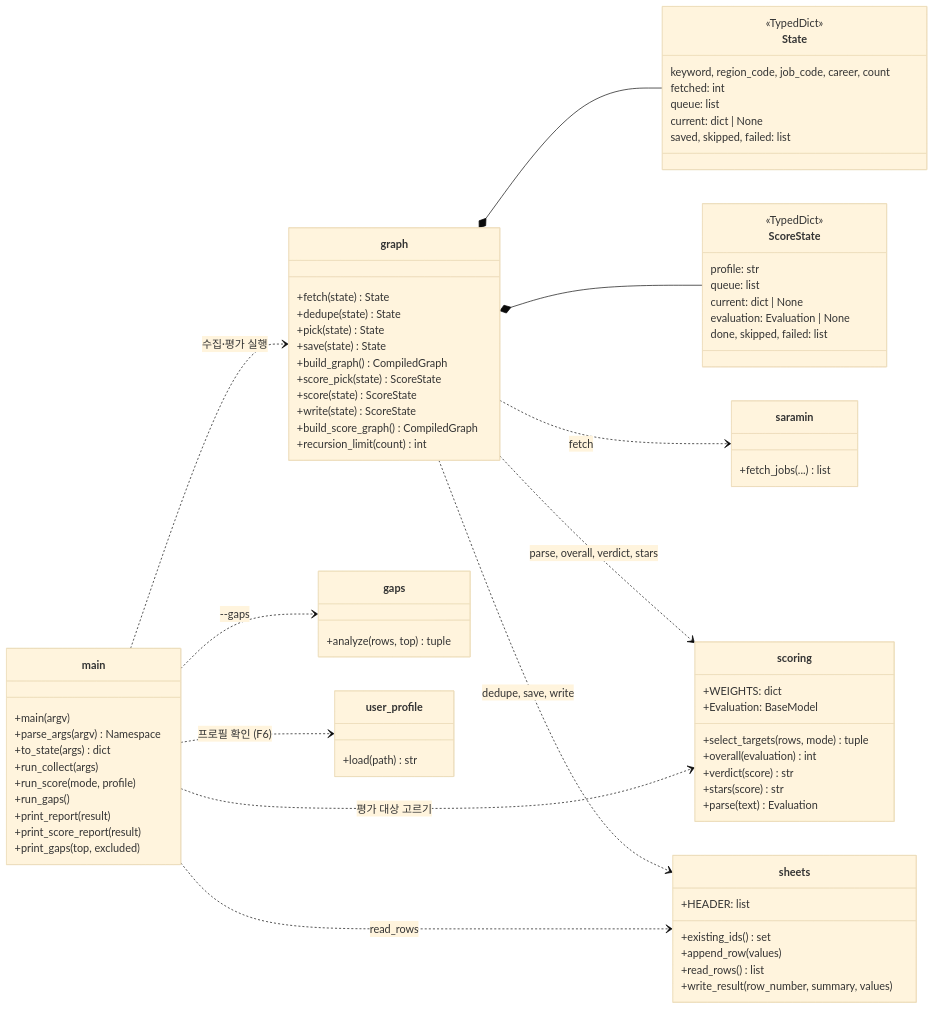
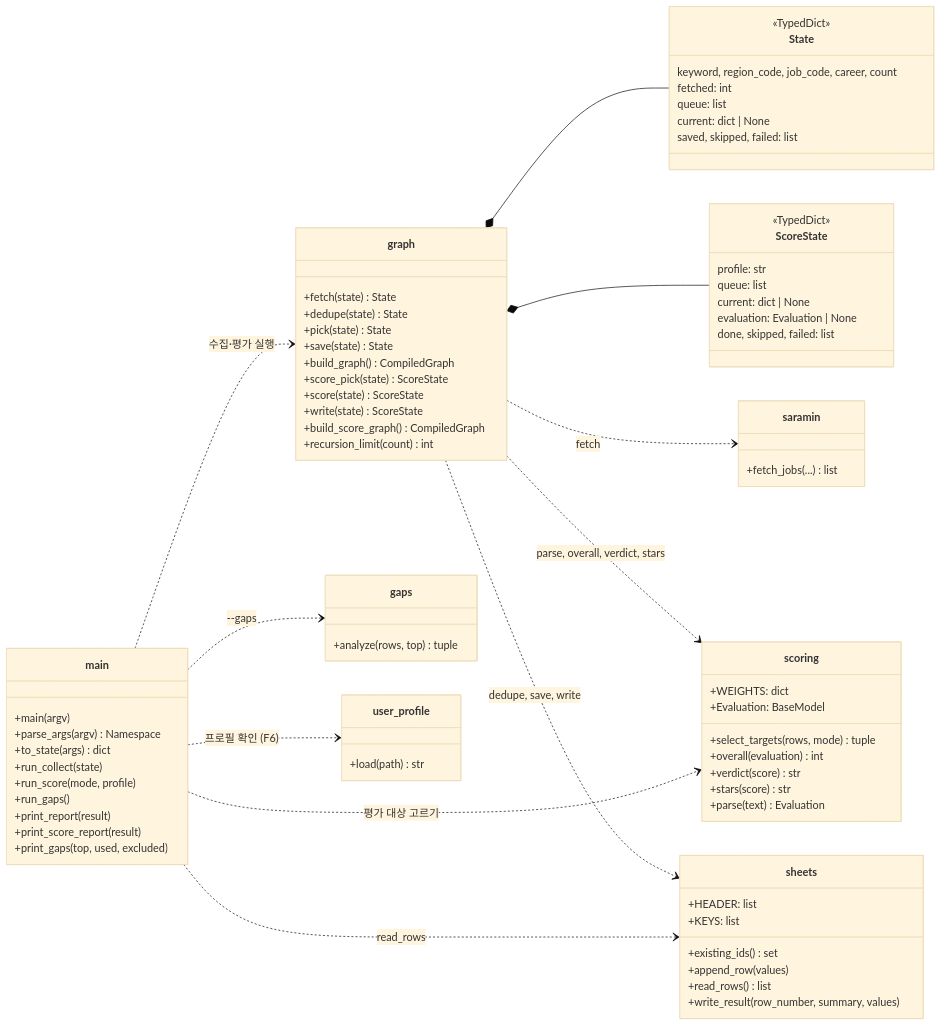
The second of 6 diagrams in docs/v0.3/02-design.md (wogud98/jobvis), drawn with Mermaid (base theme) before and after one commit. The commit also changed other lines of this file and 18 other files, not shown here.

````diff
--- a/docs/v0.3/02-design.md
+++ b/docs/v0.3/02-design.md
@@ -54,78 +54,79 @@
 ```mermaid
 classDiagram
     direction LR
     class main {
         +main(argv)
         +parse_args(argv) Namespace
         +to_state(args) dict
-        +run_collect(args)
+        +run_collect(state)
         +run_score(mode, profile)
         +run_gaps()
         +print_report(result)
         +print_score_report(result)
-        +print_gaps(top, excluded)
+        +print_gaps(top, used, excluded)
     }
     class graph {
         +fetch(state) State
         +dedupe(state) State
         +pick(state) State
         +save(state) State
         +build_graph() CompiledGraph
         +score_pick(state) ScoreState
         +score(state) ScoreState
         +write(state) ScoreState
         +build_score_graph() CompiledGraph
         +recursion_limit(count) int
     }
     class State {
         <<TypedDict>>
         keyword, region_code, job_code, career, count
         fetched: int
         queue: list
         current: dict | None
         saved, skipped, failed: list
     }
     class ScoreState {
         <<TypedDict>>
         profile: str
         queue: list
         current: dict | None
         evaluation: Evaluation | None
         done, skipped, failed: list
     }
     class scoring {
         +WEIGHTS: dict
         +Evaluation: BaseModel
         +select_targets(rows, mode) tuple
         +overall(evaluation) int
         +verdict(score) str
         +stars(score) str
         +parse(text) Evaluation
     }
     class gaps {
         +analyze(rows, top) tuple
     }
     class user_profile {
         +load(path) str
     }
     class sheets {
         +HEADER: list
+        +KEYS: list
         +existing_ids() set
         +append_row(values)
         +read_rows() list
         +write_result(row_number, summary, values)
     }
     class saramin {
         +fetch_jobs(...) list
     }
     main ..> graph : 수집·평가 실행
     main ..> scoring : 평가 대상 고르기
     main ..> gaps : --gaps
     main ..> user_profile : 프로필 확인 (F6)
     main ..> sheets : read_rows
     graph *-- State
     graph *-- ScoreState
     graph ..> saramin : fetch
     graph ..> sheets : dedupe, save, write
     graph ..> scoring : parse, overall, verdict, stars
 ```
````
